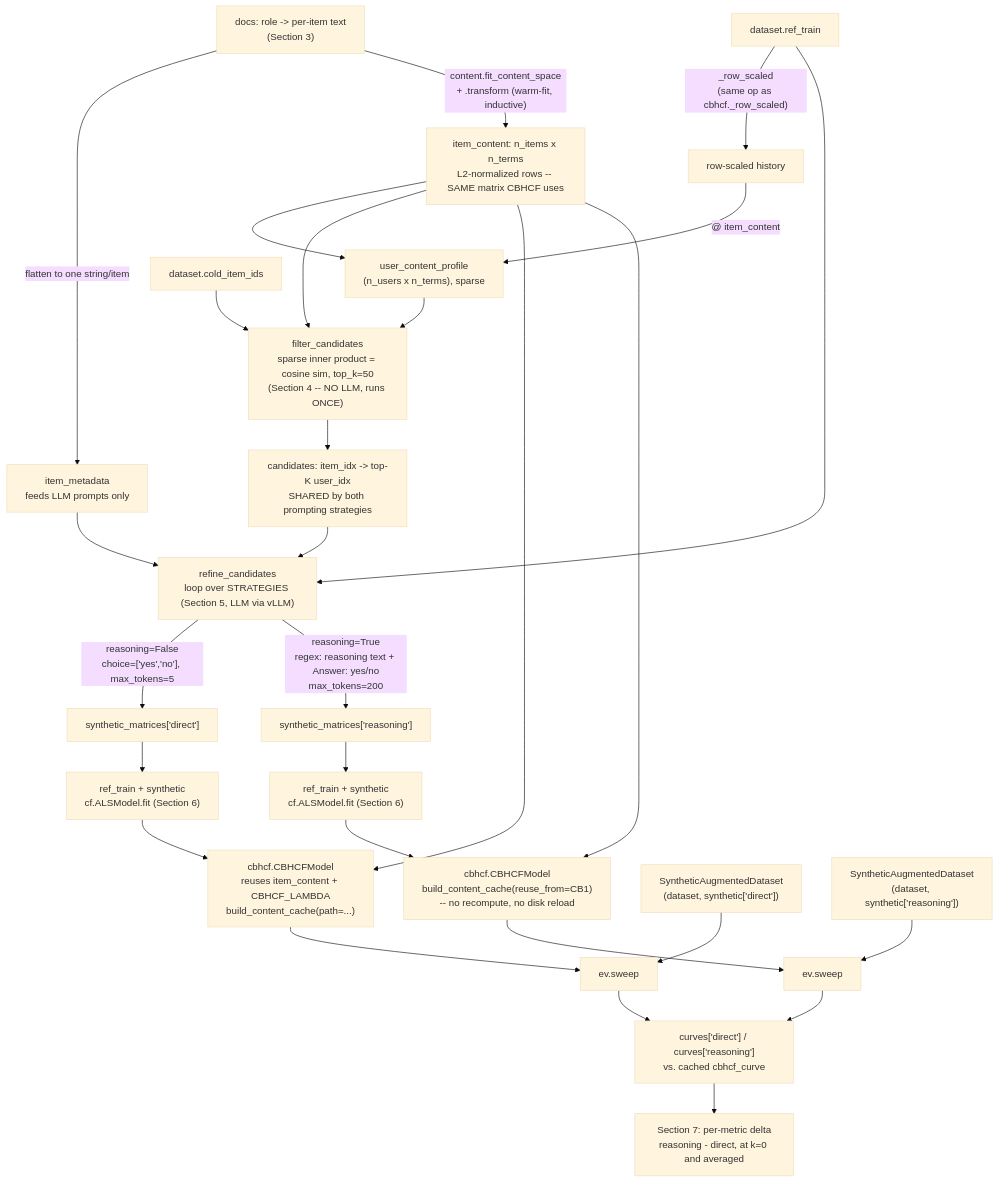
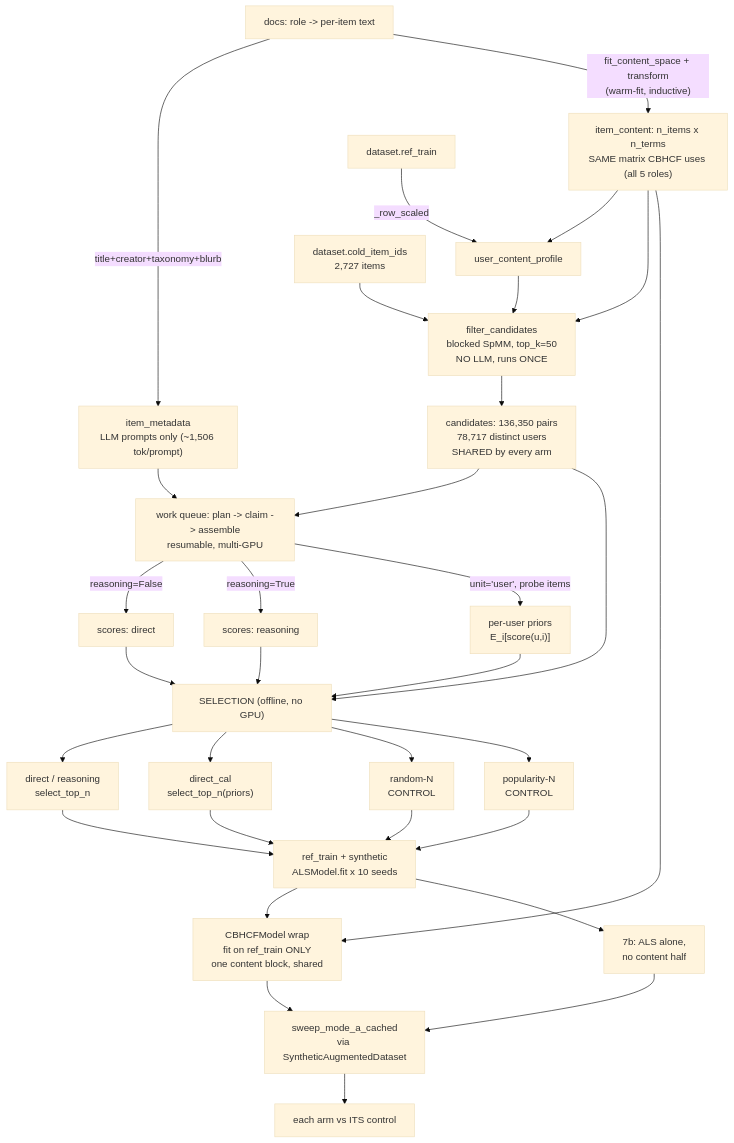
One commit to jessylan/llm-cold-start-recsys changed the diagram in design_documents/08-intervention-b-coldllm.md. Above: the diagram before and after it, drawn with Mermaid (base theme). The commit also changed other lines of this file and 6 other files, not shown here.

````diff
--- a/design_documents/08-intervention-b-coldllm.md
+++ b/design_documents/08-intervention-b-coldllm.md
@@ -20,38 +47,41 @@
 ```mermaid
 flowchart TD
-    DOCS["docs: role -> per-item text<br/>(Section 3)"] -->|"flatten to one string/item"| META["item_metadata<br/>feeds LLM prompts only"]
-    DOCS -->|"content.fit_content_space<br/>+ .transform (warm-fit, inductive)"| TFIDF["item_content: n_items x n_terms<br/>L2-normalized rows -- SAME matrix CBHCF uses"]
+    DOCS["docs: role -> per-item text"] -->|"title+creator+taxonomy+blurb"| META["item_metadata<br/>LLM prompts only (~1,506 tok/prompt)"]
+    DOCS -->|"fit_content_space + transform<br/>(warm-fit, inductive)"| TFIDF["item_content: n_items x n_terms<br/>SAME matrix CBHCF uses (all 5 roles)"]
 
-    TRAIN["dataset.ref_train"] -->|"_row_scaled<br/>(same op as cbhcf._row_scaled)"| HIST["row-scaled history"]
-    HIST -->|"@ item_content"| PROF["user_content_profile<br/>(n_users x n_terms), sparse"]
+    TRAIN["dataset.ref_train"] -->|"_row_scaled"| PROF["user_content_profile"]
     TFIDF --> PROF
+    TFIDF --> FC["filter_candidates<br/>blocked SpMM, top_k=50<br/>NO LLM, runs ONCE"]
+    PROF --> FC
+    COLD["dataset.cold_item_ids<br/>2,727 items"] --> FC
+    FC --> CAND["candidates: 136,350 pairs<br/>78,717 distinct users<br/>SHARED by every arm"]
 
-    TFIDF --> FC["filter_candidates<br/>sparse inner product = cosine sim, top_k=50<br/>(Section 4 -- NO LLM, runs ONCE)"]
-    PROF --> FC
-    COLD["dataset.cold_item_ids"] --> FC
-    FC --> CAND["candidates: item_idx -> top-K user_idx<br/>SHARED by both prompting strategies"]
+    CAND --> WQ["work queue: plan -> claim -> assemble<br/>resumable, multi-GPU"]
+    META --> WQ
+    WQ -->|"reasoning=False"| S1["scores: direct"]
+    WQ -->|"reasoning=True"| S2["scores: reasoning"]
+    WQ -->|"unit='user', probe items"| PRI["per-user priors<br/>E_i[score(u,i)]"]
 
-    CAND --> RC["refine_candidates<br/>loop over STRATEGIES (Section 5, LLM via vLLM)"]
-    META --> RC
-    TRAIN --> RC
+    S1 --> SEL["SELECTION (offline, no GPU)"]
+    S2 --> SEL
+    PRI --> SEL
+    CAND --> SEL
 
-    RC -->|"reasoning=False<br/>choice=['yes','no'], max_tokens=5"| SB1["synthetic_matrices['direct']"]
-    RC -->|"reasoning=True<br/>regex: reasoning text + Answer: yes/no<br/>max_tokens=200"| SB2["synthetic_matrices['reasoning']"]
+    SEL --> A1["direct / reasoning<br/>select_top_n"]
+    SEL --> A2["direct_cal<br/>select_top_n(priors)"]
+    SEL --> A3["random-N<br/>CONTROL"]
+    SEL --> A4["popularity-N<br/>CONTROL"]
 
-    SB1 --> FIT1["ref_train + synthetic<br/>cf.ALSModel.fit (Section 6)"]
-    SB2 --> FIT2["ref_train + synthetic<br/>cf.ALSModel.fit (Section 6)"]
+    A1 --> FIT["ref_train + synthetic<br/>ALSModel.fit x 10 seeds"]
+    A2 --> FIT
+    A3 --> FIT
+    A4 --> FIT
 
-    FIT1 --> CB1["cbhcf.CBHCFModel<br/>reuses item_content + CBHCF_LAMBDA<br/>build_content_cache(path=...)"]
-    FIT2 --> CB2["cbhcf.CBHCFModel<br/>build_content_cache(reuse_from=CB1)<br/>-- no recompute, no disk reload"]
-    TFIDF --> CB1
-    TFIDF --> CB2
+    FIT --> CB["CBHCFModel wrap<br/>fit on ref_train ONLY<br/>one content block, shared"]
+    TFIDF --> CB
+    FIT --> ALSONLY["7b: ALS alone,<br/>no content half"]
 
-    AUG1["SyntheticAugmentedDataset<br/>(dataset, synthetic['direct'])"] --> SWEEP1["ev.sweep"]
-    AUG2["SyntheticAugmentedDataset<br/>(dataset, synthetic['reasoning'])"] --> SWEEP2["ev.sweep"]
-    CB1 --> SWEEP1
-    CB2 --> SWEEP2
-
-    SWEEP1 --> CURVES["curves['direct'] / curves['reasoning']<br/>vs. cached cbhcf_curve"]
-    SWEEP2 --> CURVES
-    CURVES --> CMP["Section 7: per-metric delta<br/>reasoning - direct, at k=0 and averaged"]
+    CB --> SWEEP["sweep_mode_a_cached<br/>via SyntheticAugmentedDataset"]
+    ALSONLY --> SWEEP
+    SWEEP --> RES["each arm vs ITS control"]
 ```
````
